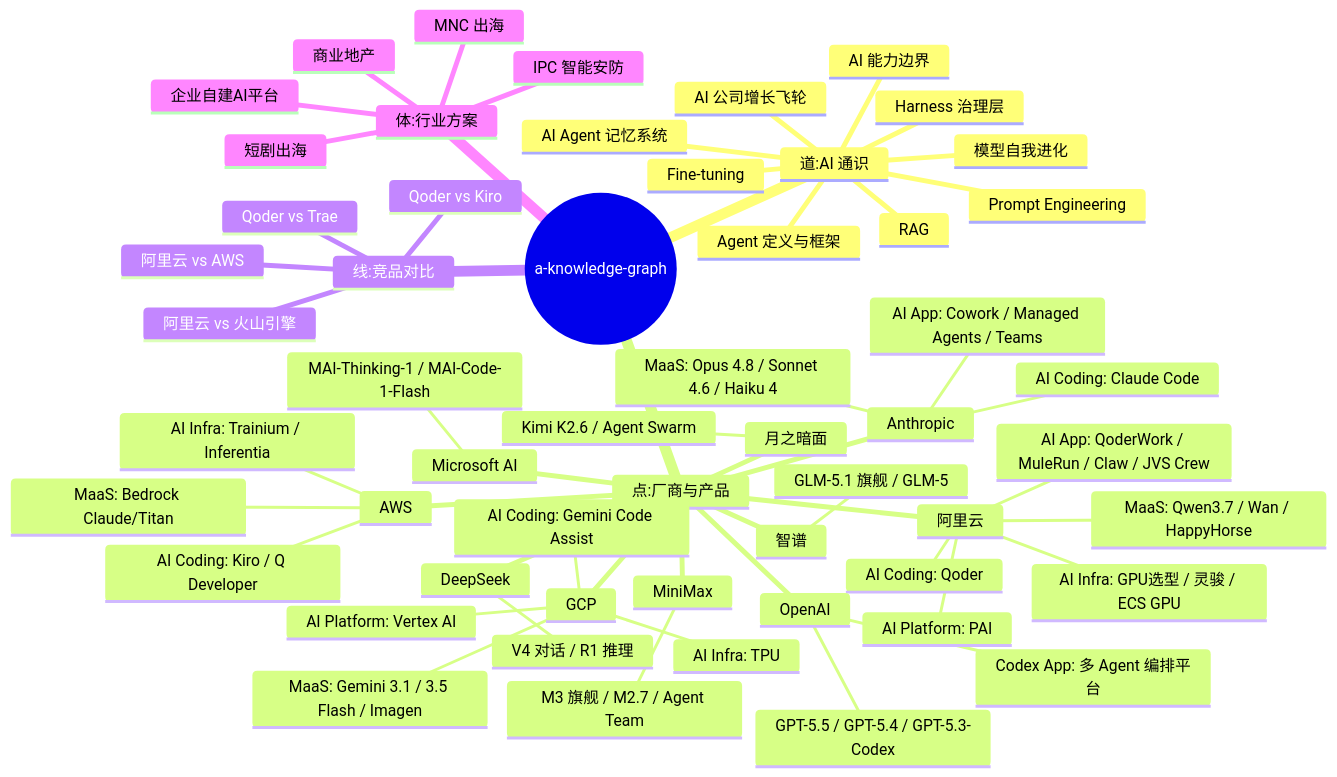
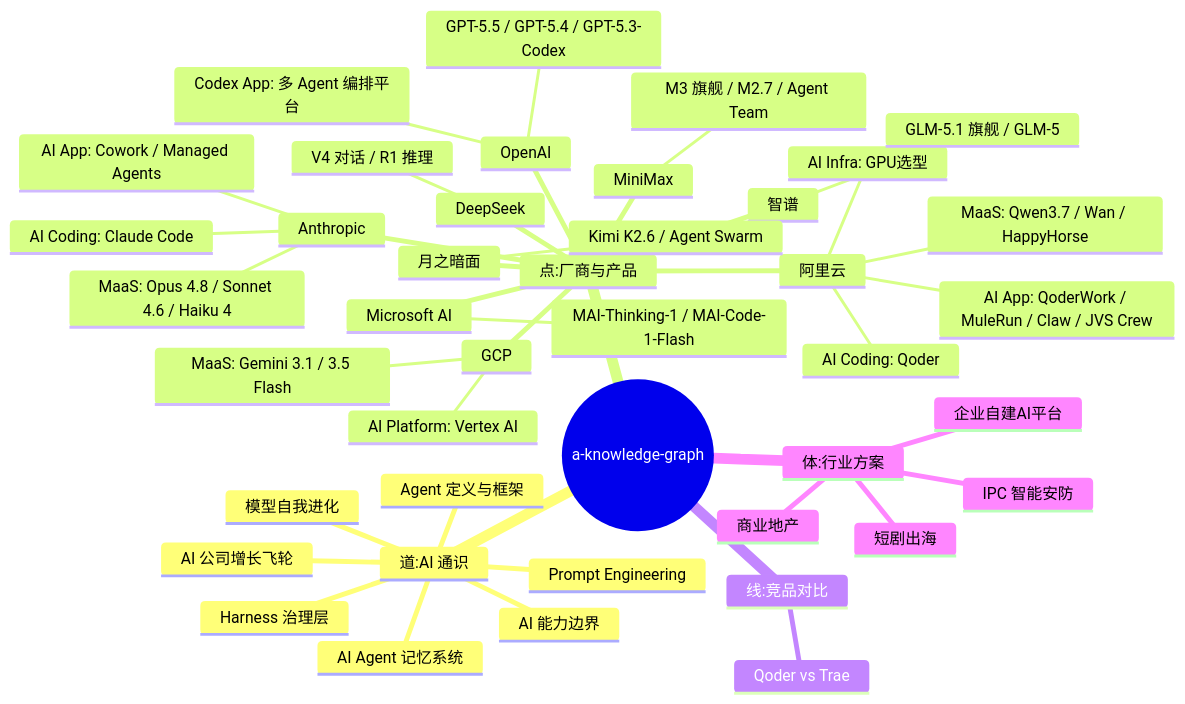
The first of 2 diagrams in README.md (EthanNiWorld/ai-playbook-2026), drawn with Mermaid before and after one commit. The commit also changed other lines of this file and 27 other files, not shown here.

````diff
--- a/README.md
+++ b/README.md
@@ -78,58 +77,45 @@
 ```mermaid
 mindmap
   root((a-knowledge-graph))
     道:AI 通识
       Agent 定义与框架
       Harness 治理层
       Prompt Engineering
-      RAG
-      Fine-tuning
       AI 能力边界
       模型自我进化
       AI Agent 记忆系统
       AI 公司增长飞轮
     点:厂商与产品
       阿里云
         MaaS: Qwen3.7 / Wan / HappyHorse
         AI Coding: Qoder
         AI App: QoderWork / MuleRun / Claw / JVS Crew
-        AI Infra: GPU选型 / 灵骏 / ECS GPU
-        AI Platform: PAI
-      AWS
-        MaaS: Bedrock Claude/Titan
-        AI Coding: Kiro / Q Developer
-        AI Infra: Trainium / Inferentia
+        AI Infra: GPU选型
       GCP
-        MaaS: Gemini 3.1 / 3.5 Flash / Imagen
-        AI Coding: Gemini Code Assist
-        AI Infra: TPU
+        MaaS: Gemini 3.1 / 3.5 Flash
         AI Platform: Vertex AI
       Anthropic
         MaaS: Opus 4.8 / Sonnet 4.6 / Haiku 4
         AI Coding: Claude Code
-        AI App: Cowork / Managed Agents / Teams
+        AI App: Cowork / Managed Agents
       MiniMax
         M3 旗舰 / M2.7 / Agent Team
       DeepSeek
         V4 对话 / R1 推理
       OpenAI
         GPT-5.5 / GPT-5.4 / GPT-5.3-Codex
         Codex App: 多 Agent 编排平台
       Microsoft AI
         MAI-Thinking-1 / MAI-Code-1-Flash
       智谱
         GLM-5.1 旗舰 / GLM-5
       月之暗面
         Kimi K2.6 / Agent Swarm
     线:竞品对比
-      Qoder vs Kiro
       Qoder vs Trae
-      阿里云 vs AWS
-      阿里云 vs 火山引擎
     体:行业方案
       IPC 智能安防
       短剧出海
       商业地产
       企业自建AI平台
-      MNC 出海
 ```
````
